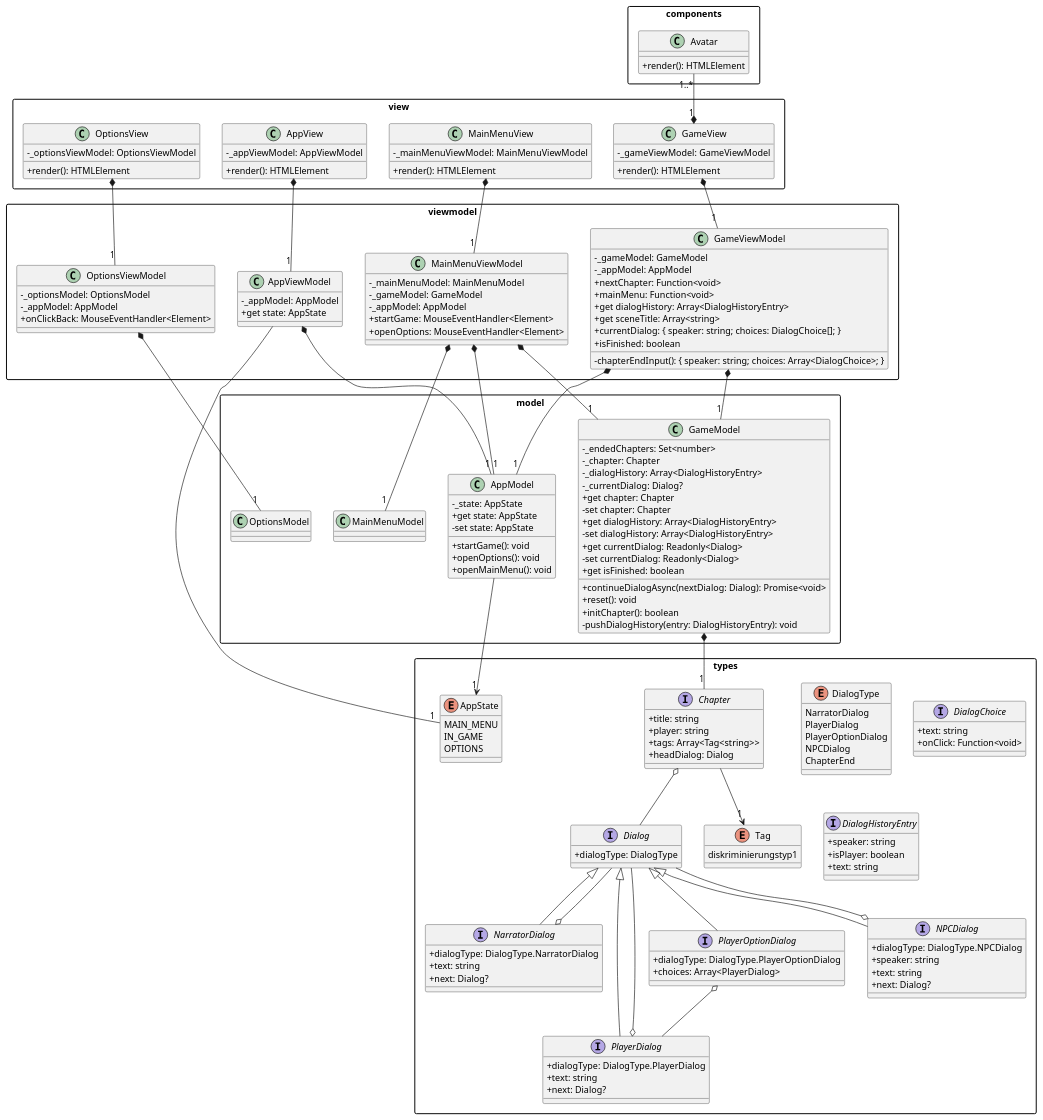
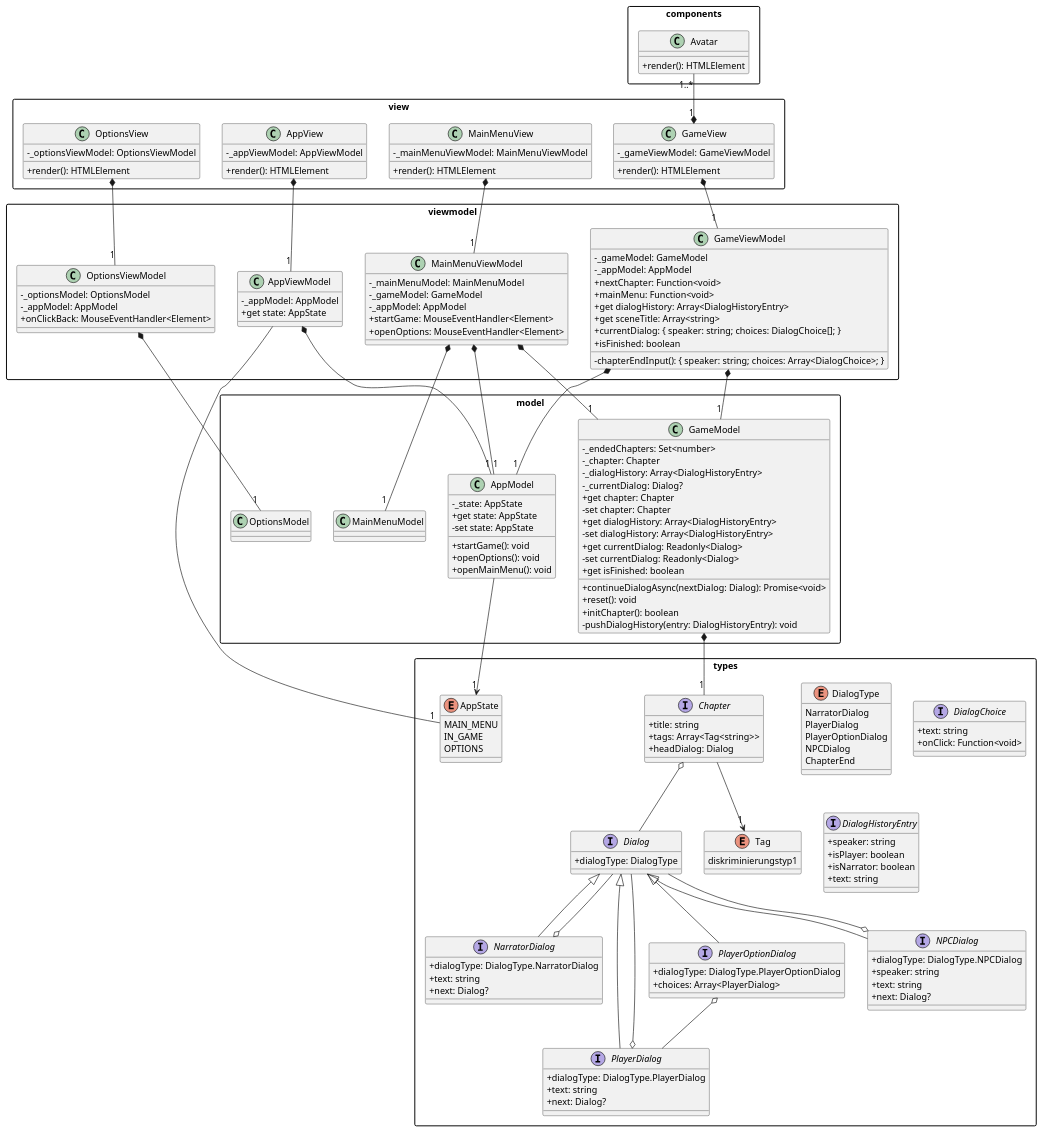
The diagram in uml/ClassDiagram.puml (HHN-SEB-2022-23/allybi), drawn with PlantUML before and after one commit. The commit also changed 1 other file, not shown here.

Commit message:
updated class diagram

```diff
--- a/uml/ClassDiagram.puml
+++ b/uml/ClassDiagram.puml
@@ -1,185 +1,185 @@
 @startuml Class Diagram
 skinparam classAttributeIconSize 0
 skinparam packageStyle rectangle
 
 package types {
     enum AppState {
         MAIN_MENU
         IN_GAME
         OPTIONS
     }
 
     enum DialogType {
         NarratorDialog
         PlayerDialog
         PlayerOptionDialog
         NPCDialog
         ChapterEnd
     }
 
     enum Tag {
         diskriminierungstyp1
     }
 
     interface Chapter {
         +title: string
-        +player: string
         +tags: Array<Tag<string>>
         +headDialog: Dialog
     }
     Chapter --> "1" Tag
     Chapter o-- Dialog
 
     interface Dialog {
         +dialogType: DialogType
     }
 
     interface NarratorDialog extends Dialog {
         +dialogType: DialogType.NarratorDialog
         +text: string
         +next: Dialog?
     }
     NarratorDialog o-- Dialog
 
     interface PlayerDialog extends Dialog {
         +dialogType: DialogType.PlayerDialog
         +text: string
         +next: Dialog?
     }
     PlayerDialog o-- Dialog
 
     interface PlayerOptionDialog extends Dialog {
         +dialogType: DialogType.PlayerOptionDialog
         +choices: Array<PlayerDialog>
     }
     PlayerOptionDialog o-- PlayerDialog
 
     interface NPCDialog extends Dialog {
         +dialogType: DialogType.NPCDialog
         +speaker: string
         +text: string
         +next: Dialog?
     }
     NPCDialog o-- Dialog
 
     interface DialogChoice {
         +text: string
         +onClick: Function<void>
     }
 
     interface DialogHistoryEntry {
         +speaker: string
         +isPlayer: boolean
+        +isNarrator: boolean
         +text: string
     }
 }
 
 package components {
     class Avatar {
         + render(): HTMLElement
     }
 }
 
 package model {
     class AppModel {
         -_state: AppState
         +get state: AppState
         -set state: AppState
         +startGame(): void
         +openOptions(): void
         +openMainMenu(): void
     }
     AppModel --> "1" AppState
 
     class GameModel {
         -_endedChapters: Set<number>
         -_chapter: Chapter
         -_dialogHistory: Array<DialogHistoryEntry>
         -_currentDialog: Dialog?
         +get chapter: Chapter
         -set chapter: Chapter
         +get dialogHistory: Array<DialogHistoryEntry>
         -set dialogHistory: Array<DialogHistoryEntry>
         +get currentDialog: Readonly<Dialog>
         -set currentDialog: Readonly<Dialog>
         +get isFinished: boolean
         +continueDialogAsync(nextDialog: Dialog): Promise<void>
         +reset(): void
         +initChapter(): boolean
         -pushDialogHistory(entry: DialogHistoryEntry): void
     }
     GameModel *-- "1" Chapter
 
     class MainMenuModel
     class OptionsModel
 }
 
 package viewmodel {
     class AppViewModel {
         -_appModel: AppModel
         +get state: AppState
     }
     AppViewModel *-- "1" AppModel
     AppViewModel --- "1" AppState
 
     class GameViewModel {
         -_gameModel: GameModel
         -_appModel: AppModel
         +nextChapter: Function<void>
         +mainMenu: Function<void>
         +get dialogHistory: Array<DialogHistoryEntry>
         +get sceneTitle: Array<string>
         -chapterEndInput(): { speaker: string; choices: Array<DialogChoice>; }
         +currentDialog: { speaker: string; choices: DialogChoice[]; }
         +isFinished: boolean
     }
     GameViewModel *-- "1" GameModel
     GameViewModel *-- "1" AppModel
 
     class MainMenuViewModel {
         -_mainMenuModel: MainMenuModel
         -_gameModel: GameModel
         -_appModel: AppModel
         +startGame: MouseEventHandler<Element>
         +openOptions: MouseEventHandler<Element>
     }
     MainMenuViewModel *-- "1" MainMenuModel
     MainMenuViewModel *-- "1" GameModel
     MainMenuViewModel *-- "1" AppModel
 
     class OptionsViewModel {
         -_optionsModel: OptionsModel
         -_appModel: AppModel
         +onClickBack: MouseEventHandler<Element>
     }
     OptionsViewModel *-- "1" OptionsModel
 }
 
 package view {
     class AppView {
         -_appViewModel: AppViewModel
         +render(): HTMLElement
     }
     AppView *-- "1" AppViewModel
 
     class GameView {
         -_gameViewModel: GameViewModel
         +render(): HTMLElement
     }
     GameView *-- "1" GameViewModel
     Avatar "1..*" -down-* "1" GameView
 
     class MainMenuView {
         -_mainMenuViewModel: MainMenuViewModel
         +render(): HTMLElement
     }
     MainMenuView *-- "1" MainMenuViewModel
 
     class OptionsView {
         -_optionsViewModel: OptionsViewModel
         +render(): HTMLElement
     }
     OptionsView *-- "1" OptionsViewModel
 }
 
 @enduml
```
